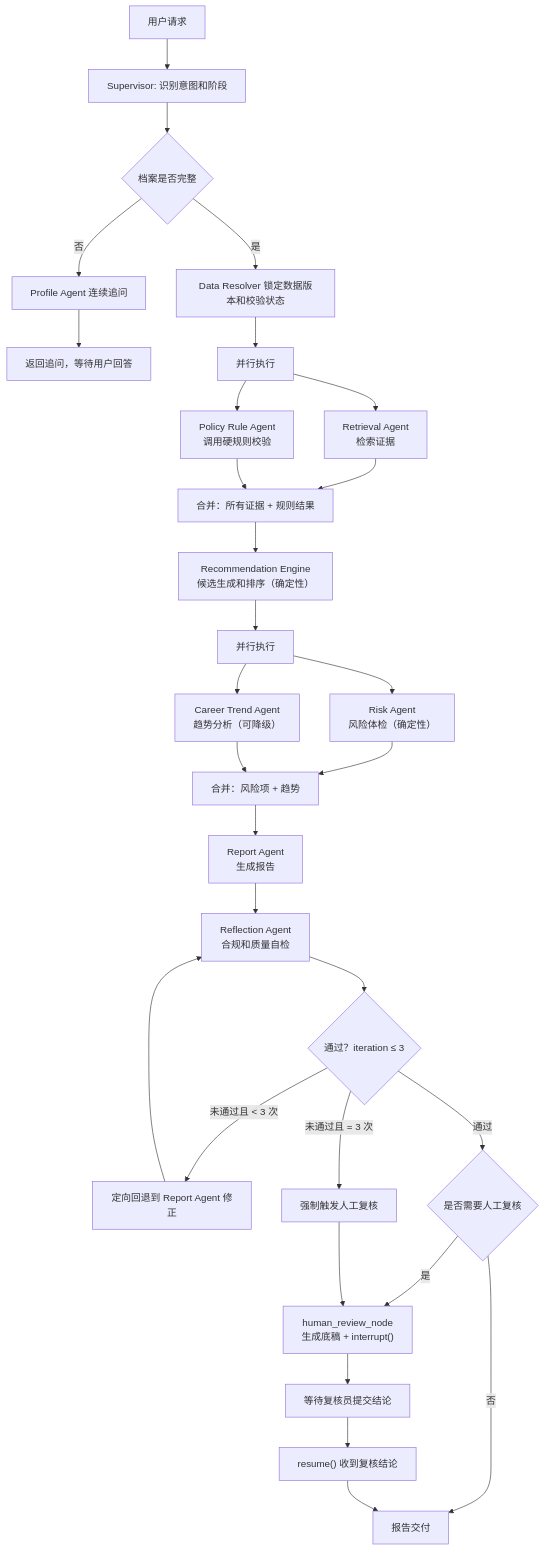
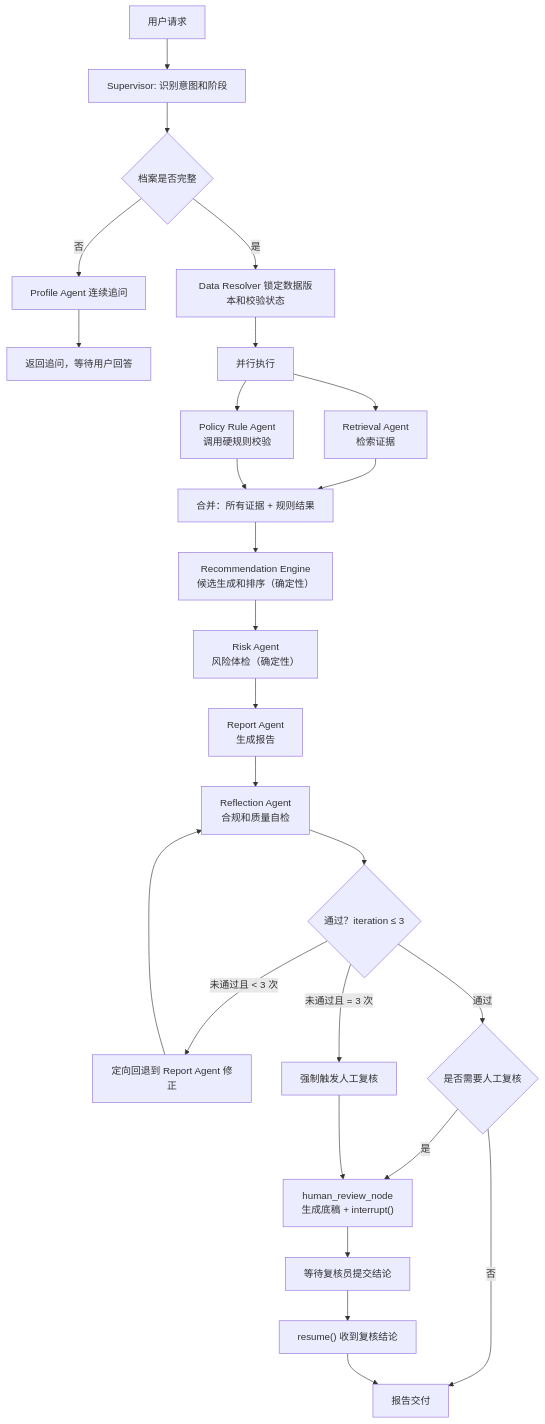
Before and after one commit to debugzhao/jin-guide: the fourth of 4 diagrams in docs/backend-prd.md, drawn with Mermaid. The commit also changed other lines of this file, not shown here.

````diff
--- a/docs/backend-prd.md
+++ b/docs/backend-prd.md
@@ -550,32 +566,28 @@
 ```mermaid
 flowchart TD
   START["用户请求"] --> SUPERVISOR["Supervisor: 识别意图和阶段"]
   SUPERVISOR --> PROFILE_CHECK{"档案是否完整"}
   PROFILE_CHECK -- "否" --> PROFILE_AGENT["Profile Agent 连续追问"]
   PROFILE_AGENT --> RETURN_Q["返回追问，等待用户回答"]
   PROFILE_CHECK -- "是" --> DATA_RESOLVER["Data Resolver 锁定数据版本和校验状态"]
   DATA_RESOLVER --> PARALLEL1["并行执行"]
   PARALLEL1 --> RETRIEVAL["Retrieval Agent<br/>检索证据"]
   PARALLEL1 --> RULE["Policy Rule Agent<br/>调用硬规则校验"]
   RETRIEVAL --> MERGE1["合并：所有证据 + 规则结果"]
   RULE --> MERGE1
   MERGE1 --> REC["Recommendation Engine<br/>候选生成和排序（确定性）"]
-  REC --> PARALLEL2["并行执行"]
-  PARALLEL2 --> RISK["Risk Agent<br/>风险体检（确定性）"]
-  PARALLEL2 --> TREND["Career Trend Agent<br/>趋势分析（可降级）"]
-  RISK --> MERGE2["合并：风险项 + 趋势"]
-  TREND --> MERGE2
-  MERGE2 --> REPORT["Report Agent<br/>生成报告"]
+  REC --> RISK["Risk Agent<br/>风险体检（确定性）"]
+  RISK --> REPORT["Report Agent<br/>生成报告"]
   REPORT --> REFLECT["Reflection Agent<br/>合规和质量自检"]
   REFLECT --> PASS{"通过？iteration ≤ 3"}
   PASS -- "未通过且 < 3 次" --> FIX["定向回退到 Report Agent 修正"]
   FIX --> REFLECT
   PASS -- "未通过且 = 3 次" --> FORCE_REVIEW["强制触发人工复核"]
   PASS -- "通过" --> NEED_HUMAN{"是否需要人工复核"}
   NEED_HUMAN -- "是" --> HUMAN_NODE["human_review_node<br/>生成底稿 + interrupt()"]
   NEED_HUMAN -- "否" --> DELIVER["报告交付"]
   FORCE_REVIEW --> HUMAN_NODE
   HUMAN_NODE --> WAIT["等待复核员提交结论"]
   WAIT --> RESUME["resume() 收到复核结论"]
   RESUME --> DELIVER
 ```
````
